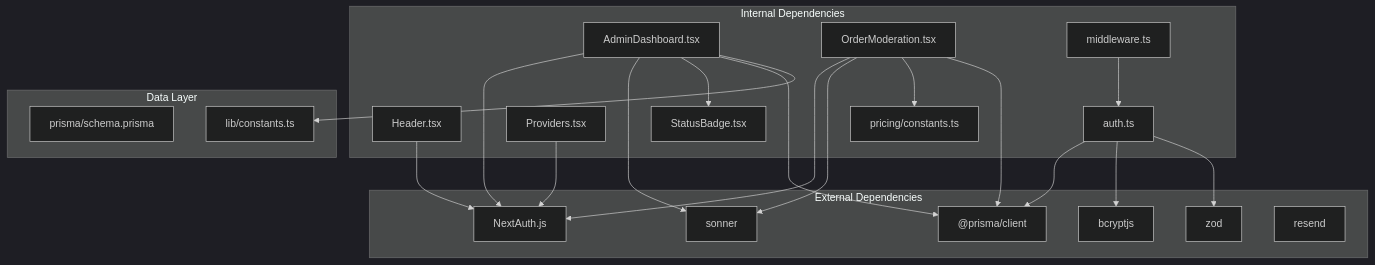
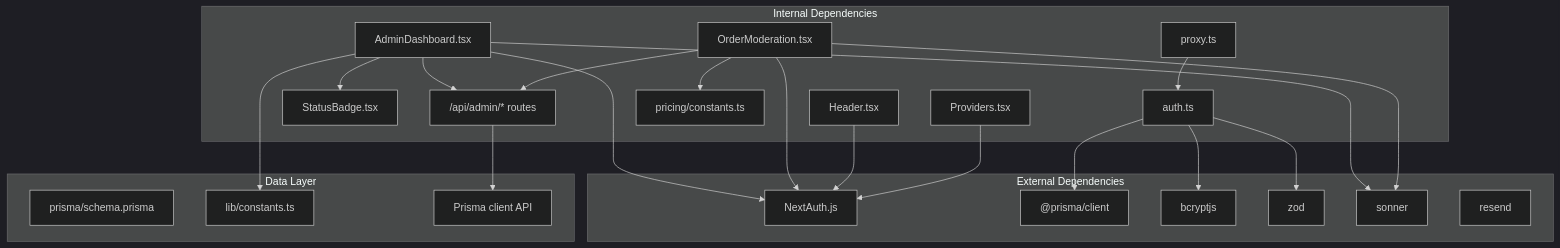
The seventh of 7 diagrams in .qoder/repowiki/en/content/Administrative Features/Admin Dashboard Interface.md (Crowdspender/titchybooks-app), drawn with Mermaid (dark theme) before and after one commit. The commit also changed other lines of this file and 23 other files, not shown here.

````diff
--- a/.qoder/repowiki/en/content/Administrative Features/Admin Dashboard Interface.md
+++ b/.qoder/repowiki/en/content/Administrative Features/Admin Dashboard Interface.md
@@ -438,40 +438,43 @@
 ```mermaid
 graph TD
 subgraph "External Dependencies"
 NextAuth["NextAuth.js"]
 Prisma["@prisma/client"]
 Bcrypt["bcryptjs"]
 Zod["zod"]
 Sonner["sonner"]
 Resend["resend"]
 end
 subgraph "Internal Dependencies"
 AdminDashboard["AdminDashboard.tsx"]
 OrderModeration["OrderModeration.tsx"]
 Header["Header.tsx"]
 StatusBadge["StatusBadge.tsx"]
 Providers["Providers.tsx"]
 AuthConfig["auth.ts"]
-Middleware["middleware.ts"]
+ProxyGuard["proxy.ts"]
 PricingConstants["pricing/constants.ts"]
+ApiBoundary["/api/admin/* routes"]
 end
 subgraph "Data Layer"
 PrismaSchema["prisma/schema.prisma"]
 Constants["lib/constants.ts"]
+PrismaApi["Prisma client API"]
 end
 AdminDashboard --> NextAuth
 AdminDashboard --> Sonner
 AdminDashboard --> StatusBadge
 OrderModeration --> NextAuth
 OrderModeration --> Sonner
 OrderModeration --> PricingConstants
 Header --> NextAuth
 AuthConfig --> Prisma
 AuthConfig --> Bcrypt
 AuthConfig --> Zod
-AdminDashboard --> Prisma
-OrderModeration --> Prisma
 AdminDashboard --> Constants
 Providers --> NextAuth
-Middleware --> AuthConfig
+ProxyGuard --> AuthConfig
+AdminDashboard --> ApiBoundary
+OrderModeration --> ApiBoundary
+ApiBoundary --> PrismaApi
 ```
````
